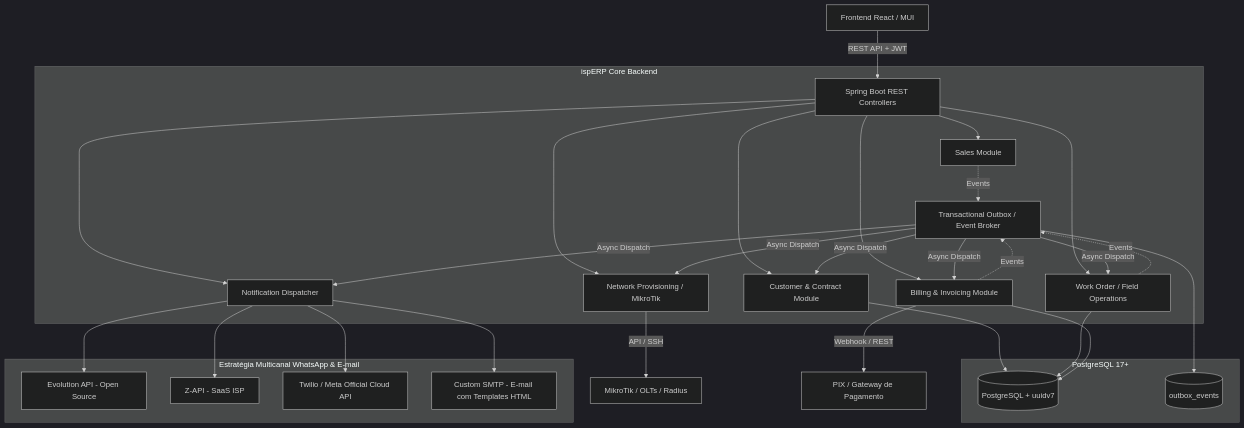
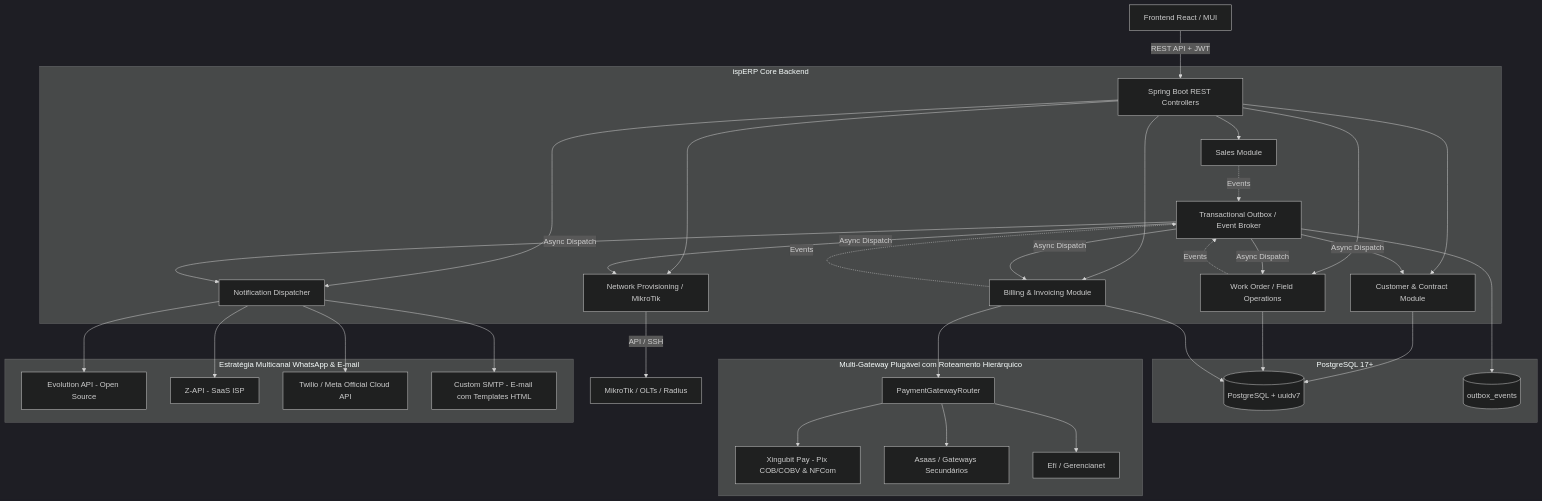
One commit to RuyXingubit/ispERP changed the diagram in docs/ARCHITECTURE.md. Above: the diagram before and after it, drawn with Mermaid (dark theme). The commit also changed other lines of this file and 2 other files, not shown here.

Commit message:
docs: add multi-gateway payment architecture with hierarchical routing and Xingubit Pay specs

````diff
--- a/docs/ARCHITECTURE.md
+++ b/docs/ARCHITECTURE.md
@@ -7,43 +7,49 @@
 ```mermaid
 graph TD
     UI[Frontend React / MUI] -->|REST API + JWT| API[Spring Boot REST Controllers]
     
     subgraph Core Monolith [ispERP Core Backend]
         API --> Sales[Sales Module]
         API --> Customers[Customer & Contract Module]
         API --> Operations[Work Order / Field Operations]
         API --> Network[Network Provisioning / MikroTik]
         API --> Billing[Billing & Invoicing Module]
         API --> Notify[Notification Dispatcher]
         
         Sales -.->|Events| Outbox[Transactional Outbox / Event Broker]
         Operations -.->|Events| Outbox
         Billing -.->|Events| Outbox
         
         Outbox -->|Async Dispatch| Customers
         Outbox -->|Async Dispatch| Operations
         Outbox -->|Async Dispatch| Network
         Outbox -->|Async Dispatch| Billing
         Outbox -->|Async Dispatch| Notify
     end
     
     subgraph Data Layer [PostgreSQL 17+]
         DB[(PostgreSQL + uuidv7)]
         OutboxTable[(outbox_events)]
     end
     
     Customers --> DB
     Operations --> DB
     Billing --> DB
     Outbox --> OutboxTable
     
     Network -->|API / SSH| MikroTik[MikroTik / OLTs / Radius]
-    Billing -->|Webhook / REST| Gateways[PIX / Gateway de Pagamento]
+    
+    subgraph Payment Gateways [Multi-Gateway Plugável com Roteamento Hierárquico]
+        Billing --> Router[PaymentGatewayRouter]
+        Router --> XingubitPay[Xingubit Pay - Pix COB/COBV & NFCom]
+        Router --> Asaas[Asaas / Gateways Secundários]
+        Router --> Efi[Efí / Gerencianet]
+    end
     
     subgraph Notification Adapters [Estratégia Multicanal WhatsApp & E-mail]
         Notify --> Evolution[Evolution API - Open Source]
         Notify --> ZApi[Z-API - SaaS ISP]
         Notify --> Twilio[Twilio / Meta Official Cloud API]
         Notify --> SMTP[Custom SMTP - E-mail com Templates HTML]
     end
 ```
````
